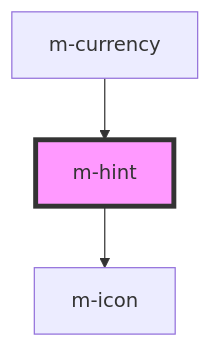
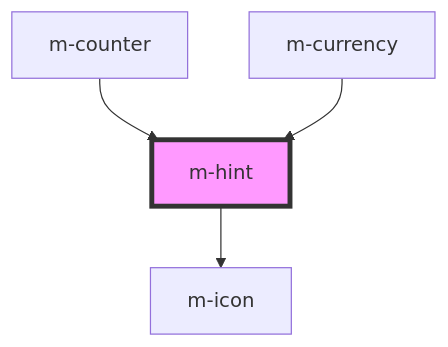
The diagram in design-system/src/components/m-hint/readme.md (dynamic-framework/dynamic-ui), drawn with Mermaid before and after one commit. The commit also changed other lines of this file and 9 other files, not shown here.

````diff
--- a/design-system/src/components/m-hint/readme.md
+++ b/design-system/src/components/m-hint/readme.md
@@ -30,6 +31,7 @@
 ```mermaid
 graph TD;
   m-hint --> m-icon
+  m-counter --> m-hint
   m-currency --> m-hint
   style m-hint fill:#f9f,stroke:#333,stroke-width:4px
 ```
````
